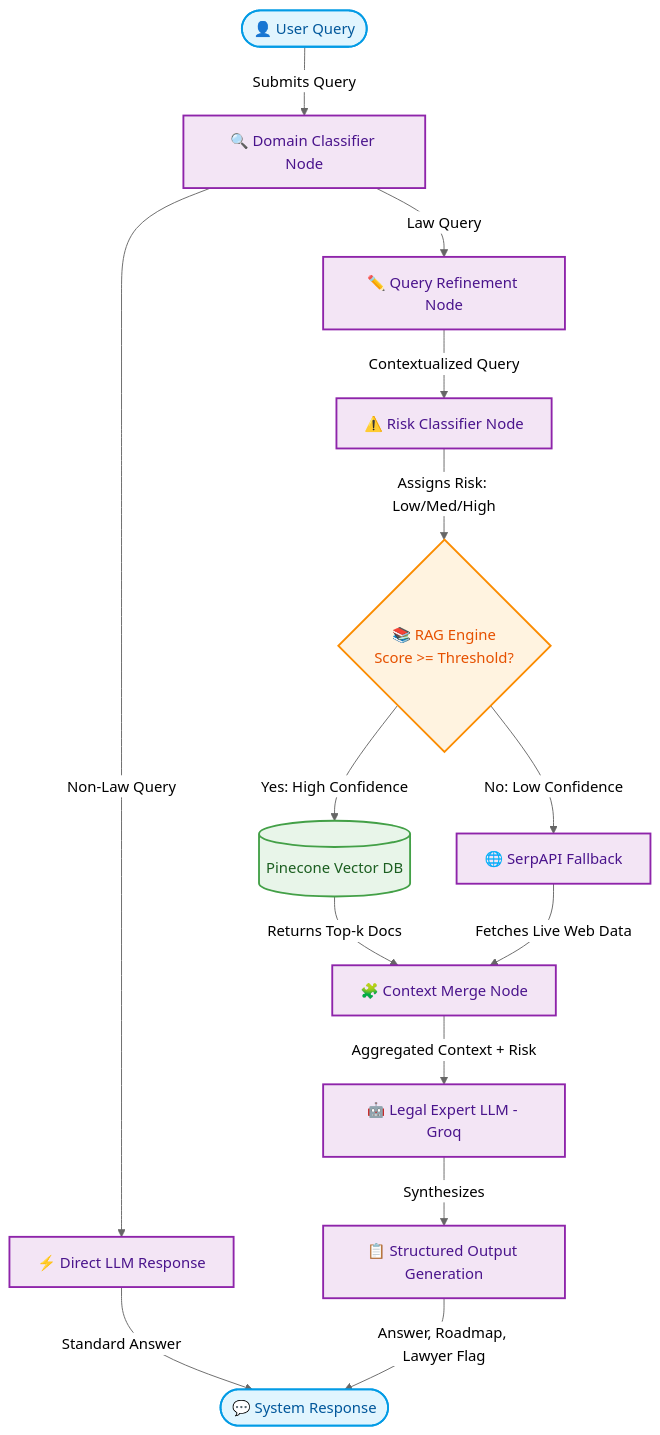
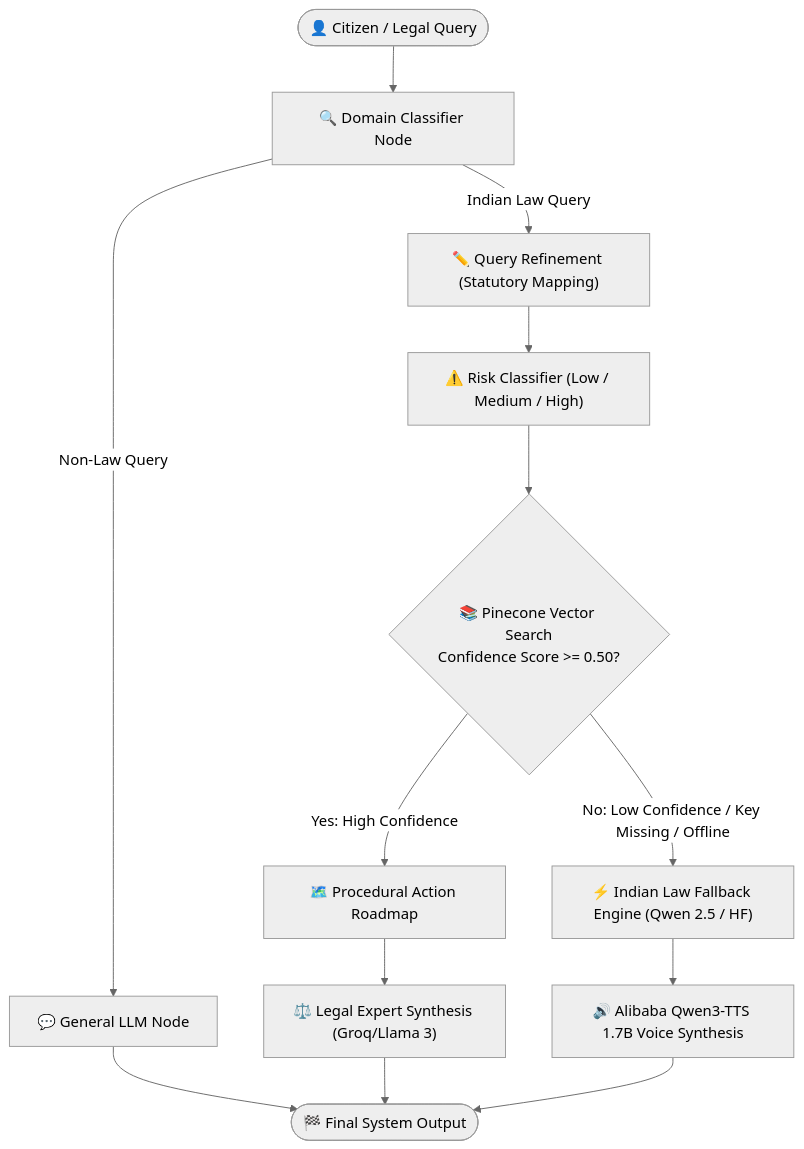
Before and after one commit to himanshu9330/indian_law-: the diagram in README.md, drawn with Mermaid (neutral theme). The commit also changed other lines of this file, not shown here.

Commit message:
docs: add detailed 7-phase implementation plan, Qwen fallback & TTS architecture to README

````diff
--- a/README.md
+++ b/README.md
@@ -36,27 +49,16 @@
 ```mermaid
 flowchart TD
-    %% Styling
-    classDef userNode fill:#e1f5fe,stroke:#039be5,stroke-width:2px,color:#01579b
-    classDef aiNode fill:#f3e5f5,stroke:#8e24aa,stroke-width:2px,color:#4a148c
-    classDef dataNode fill:#e8f5e9,stroke:#43a047,stroke-width:2px,color:#1b5e20
-    classDef decision fill:#fff3e0,stroke:#fb8c00,stroke-width:2px,color:#e65100
-
-    U([👤 User Query]):::userNode -->|Submits Query| DC[🔍 Domain Classifier Node]:::aiNode
-    DC -->|Non-Law Query| DIR[⚡ Direct LLM Response]:::aiNode
-    DC -->|Law Query| QR[✏️ Query Refinement Node]:::aiNode
+    U(["👤 Citizen / Legal Query"]) --> DC["🔍 Domain Classifier Node"]
+    DC -->|Non-Law Query| GL["💬 General LLM Node"] --> FIN(["🏁 Final System Output"])
+    DC -->|Indian Law Query| QR["✏️ Query Refinement (Statutory Mapping)"]
     
-    QR -->|Contextualized Query| RC[⚠️ Risk Classifier Node]:::aiNode
-    RC -->|Assigns Risk: Low/Med/High| RAG{📚 RAG Engine<br>Score >= Threshold?}:::decision
+    QR --> RC["⚠️ Risk Classifier (Low / Medium / High)"]
+    RC --> RAG{"📚 Pinecone Vector Search<br>Confidence Score >= 0.50?"}
     
-    RAG -->|Yes: High Confidence| VD[(Pinecone Vector DB)]:::dataNode
-    VD -->|Returns Top-k Docs| CM[🧩 Context Merge Node]:::aiNode
+    RAG -->|Yes: High Confidence| RM["🗺️ Procedural Action Roadmap"]
+    RM --> LE["⚖️ Legal Expert Synthesis (Groq/Llama 3)"] --> FIN
     
-    RAG -->|No: Low Confidence| SERP[🌐 SerpAPI Fallback]:::aiNode
-    SERP -->|Fetches Live Web Data| CM
-    
-    CM -->|Aggregated Context + Risk| LLM[🤖 Legal Expert LLM - Groq]:::aiNode
-    
-    LLM -->|Synthesizes| OUT[📋 Structured Output Generation]:::aiNode
-    DIR -->|Standard Answer| RES([💬 System Response]):::userNode
-    OUT -->|Answer, Roadmap, Lawyer Flag| RES
+    RAG -->|No: Low Confidence / Key Missing / Offline| FB["⚡ Indian Law Fallback Engine (Qwen 2.5 / HF)"]
+    FB --> TTS["🔊 Alibaba Qwen3-TTS 1.7B Voice Synthesis"]
+    TTS --> FIN
 ```
````
